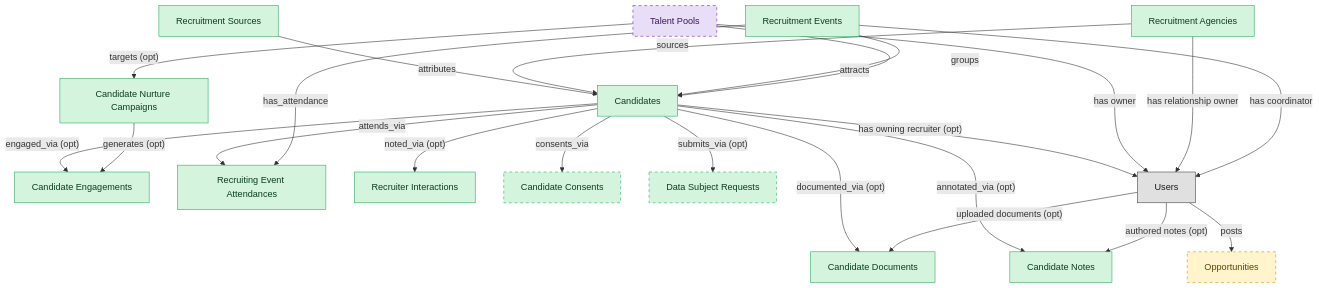
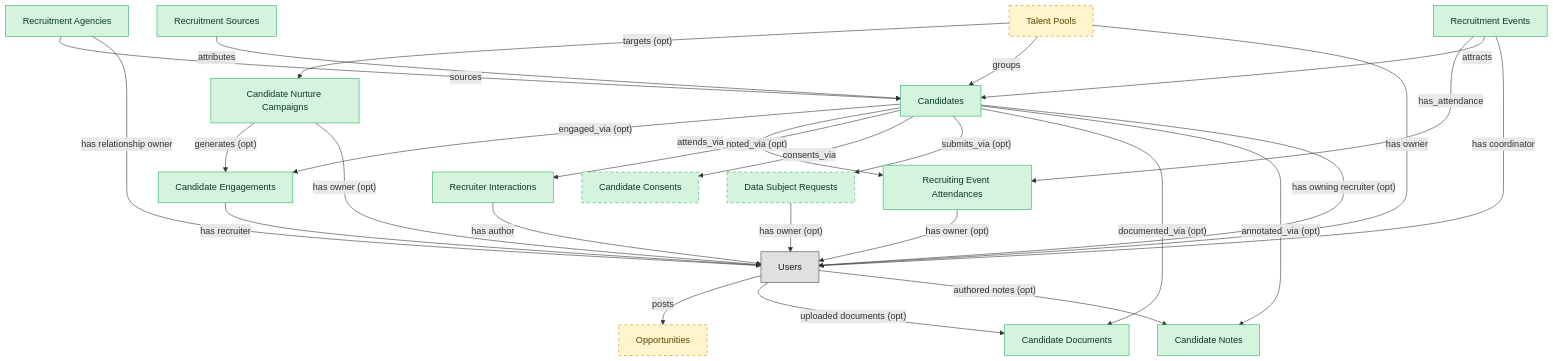
Before and after one commit to IntranetFactory/domain-map: the diagram in catalog/blueprints/ats-candidate-crm-semantic-blueprint.md, drawn with Mermaid. The commit also changed other lines of this file and 19 other files, not shown here.

````diff
--- a/catalog/blueprints/ats-candidate-crm-semantic-blueprint.md
+++ b/catalog/blueprints/ats-candidate-crm-semantic-blueprint.md
@@ -41,62 +46,66 @@
 ```mermaid
 flowchart TD
   classDef master fill:#d4f4dd,stroke:#27ae60,color:#0b3d20;
   classDef embedded_master fill:#fff4cc,stroke:#c79100,color:#5b4500;
-  classDef consumer fill:#e8def8,stroke:#7b1fa2,color:#3a155d;
   classDef platform_builtin fill:#e0e0e0,stroke:#424242,color:#1a1a1a;
   candidates["Candidates"]
   recruitment_sources["Recruitment Sources"]
   recruitment_agencies["Recruitment Agencies"]
   recruitment_events["Recruitment Events"]
   candidate_engagements["Candidate Engagements"]
   candidate_nurture_campaigns["Candidate Nurture Campaigns"]
   recruiting_event_attendances["Recruiting Event Attendances"]
   recruiter_interactions["Recruiter Interactions"]
+  candidate_consents["Candidate Consents"]
   talent_pools["Talent Pools"]
-  candidate_consents["Candidate Consents"]
   internal_opportunities["Opportunities"]
   candidate_documents["Candidate Documents"]
   candidate_notes["Candidate Notes"]
   data_subject_requests["Data Subject Requests"]
   users["Users"]
   candidates -->|"engaged_via (opt)"| candidate_engagements
   candidate_nurture_campaigns -->|"generates (opt)"| candidate_engagements
   candidates -->|"attends_via"| recruiting_event_attendances
   recruitment_events -->|"has_attendance"| recruiting_event_attendances
   candidates -->|"noted_via (opt)"| recruiter_interactions
   candidates -->|"consents_via"| candidate_consents
   talent_pools -->|"targets (opt)"| candidate_nurture_campaigns
   candidates -->|"submits_via (opt)"| data_subject_requests
   candidates -->|"documented_via (opt)"| candidate_documents
   candidates -->|"annotated_via (opt)"| candidate_notes
   recruitment_sources -->|"attributes"| candidates
   recruitment_agencies -->|"sources"| candidates
   recruitment_events -->|"attracts"| candidates
   talent_pools -->|"groups"| candidates
   users -->|"posts"| internal_opportunities
   candidates -->|"has owning recruiter (opt)"| users
   talent_pools -->|"has owner"| users
   recruitment_agencies -->|"has relationship owner"| users
   recruitment_events -->|"has coordinator"| users
   users -->|"uploaded documents (opt)"| candidate_documents
   users -->|"authored notes (opt)"| candidate_notes
+  candidate_engagements -->|"has recruiter"| users
+  candidate_nurture_campaigns -->|"has owner (opt)"| users
+  data_subject_requests -->|"has owner (opt)"| users
+  recruiting_event_attendances -->|"has owner (opt)"| users
+  recruiter_interactions -->|"has author"| users
   class candidates master;
   class recruitment_sources master;
   class recruitment_agencies master;
   class recruitment_events master;
   class candidate_engagements master;
   class candidate_nurture_campaigns master;
   class recruiting_event_attendances master;
   class recruiter_interactions master;
-  class talent_pools consumer;
   class candidate_consents master;
+  class talent_pools embedded_master;
   class internal_opportunities embedded_master;
   class candidate_documents master;
   class candidate_notes master;
   class data_subject_requests master;
   class users platform_builtin;
+  style candidate_consents stroke-dasharray:5 5;
   style talent_pools stroke-dasharray:5 5;
-  style candidate_consents stroke-dasharray:5 5;
   style internal_opportunities stroke-dasharray:5 5;
   style data_subject_requests stroke-dasharray:5 5;
 ```
````
